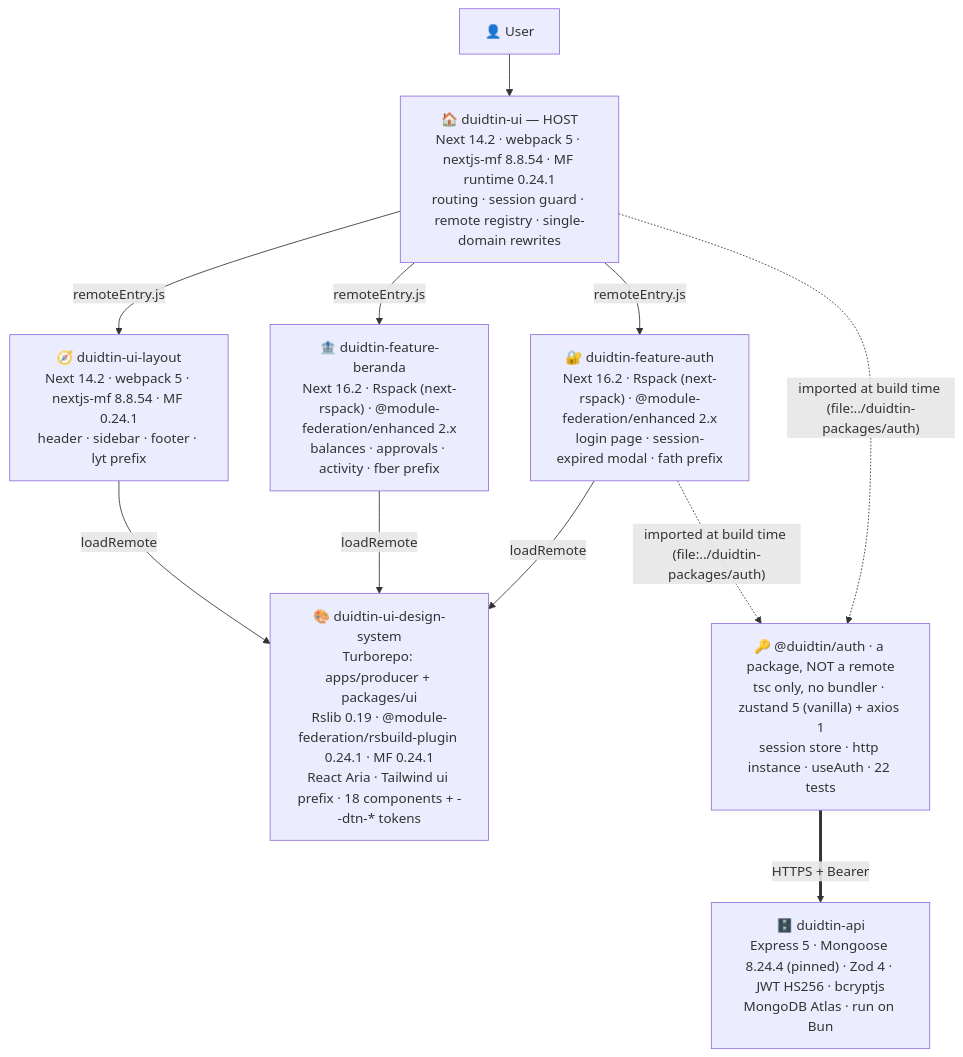
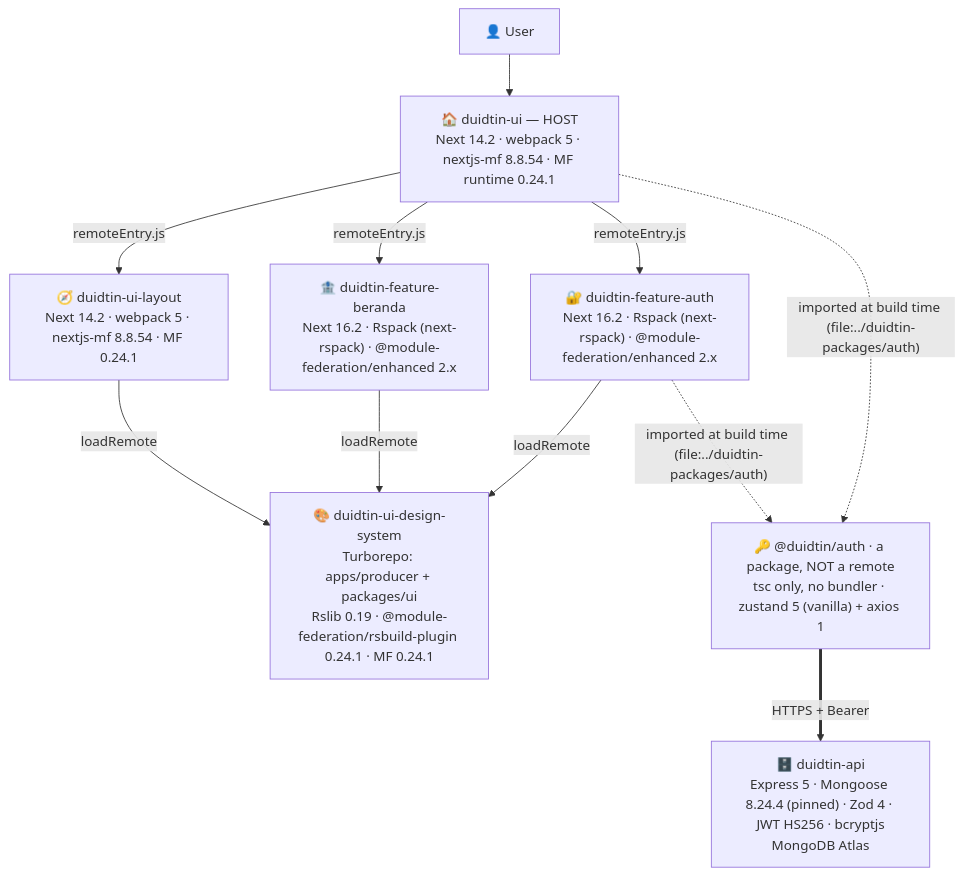
The diagram in README.md (AnggaWikaNugraha/super-apps-microfrontend-duidtin), drawn with Mermaid before and after one commit. The commit also changed 1 other file, not shown here.

````diff
--- a/README.md
+++ b/README.md
@@ -392,19 +392,19 @@
 ```mermaid
 graph TD
   U["👤 User"] --> H
 
-  H["🏠 duidtin-ui — HOST<br/>Next 14.2 · webpack 5 · nextjs-mf 8.8.54 · MF runtime 0.24.1<br/>routing · session guard · remote registry · single-domain rewrites"]
+  H["🏠 duidtin-ui — HOST<br/>Next 14.2 · webpack 5 · nextjs-mf 8.8.54 · MF runtime 0.24.1"]
 
-  H -- "remoteEntry.js" --> L["🧭 duidtin-ui-layout<br/>Next 14.2 · webpack 5 · nextjs-mf 8.8.54 · MF 0.24.1<br/>header · sidebar · footer · lyt prefix"]
-  H -- "remoteEntry.js" --> B["🏦 duidtin-feature-beranda<br/>Next 16.2 · Rspack (next-rspack) · @module-federation/enhanced 2.x<br/>balances · approvals · activity · fber prefix"]
-  H -- "remoteEntry.js" --> A["🔐 duidtin-feature-auth<br/>Next 16.2 · Rspack (next-rspack) · @module-federation/enhanced 2.x<br/>login page · session-expired modal · fath prefix"]
+  H -- "remoteEntry.js" --> L["🧭 duidtin-ui-layout<br/>Next 14.2 · webpack 5 · nextjs-mf 8.8.54 · MF 0.24.1"]
+  H -- "remoteEntry.js" --> B["🏦 duidtin-feature-beranda<br/>Next 16.2 · Rspack (next-rspack) · @module-federation/enhanced 2.x"]
+  H -- "remoteEntry.js" --> A["🔐 duidtin-feature-auth<br/>Next 16.2 · Rspack (next-rspack) · @module-federation/enhanced 2.x"]
 
-  L -- "loadRemote" --> DS["🎨 duidtin-ui-design-system<br/>Turborepo: apps/producer + packages/ui<br/>Rslib 0.19 · @module-federation/rsbuild-plugin 0.24.1 · MF 0.24.1<br/>React Aria · Tailwind ui prefix · 18 components + --dtn-* tokens"]
+  L -- "loadRemote" --> DS["🎨 duidtin-ui-design-system<br/>Turborepo: apps/producer + packages/ui<br/>Rslib 0.19 · @module-federation/rsbuild-plugin 0.24.1 · MF 0.24.1"]
   B -- "loadRemote" --> DS
   A -- "loadRemote" --> DS
 
-  H -. "imported at build time (file:../duidtin-packages/auth)" .-> P["🔑 @duidtin/auth · a package, NOT a remote<br/>tsc only, no bundler · zustand 5 (vanilla) + axios 1<br/>session store · http instance · useAuth · 22 tests"]
+  H -. "imported at build time (file:../duidtin-packages/auth)" .-> P["🔑 @duidtin/auth · a package, NOT a remote<br/>tsc only, no bundler · zustand 5 (vanilla) + axios 1"]
   A -. "imported at build time (file:../duidtin-packages/auth)" .-> P
 
-  P == "HTTPS + Bearer" ==> API["🗄️ duidtin-api<br/>Express 5 · Mongoose 8.24.4 (pinned) · Zod 4 · JWT HS256 · bcryptjs<br/>MongoDB Atlas · run on Bun"]
+  P == "HTTPS + Bearer" ==> API["🗄️ duidtin-api<br/>Express 5 · Mongoose 8.24.4 (pinned) · Zod 4 · JWT HS256 · bcryptjs<br/>MongoDB Atlas"]
 ```
````
